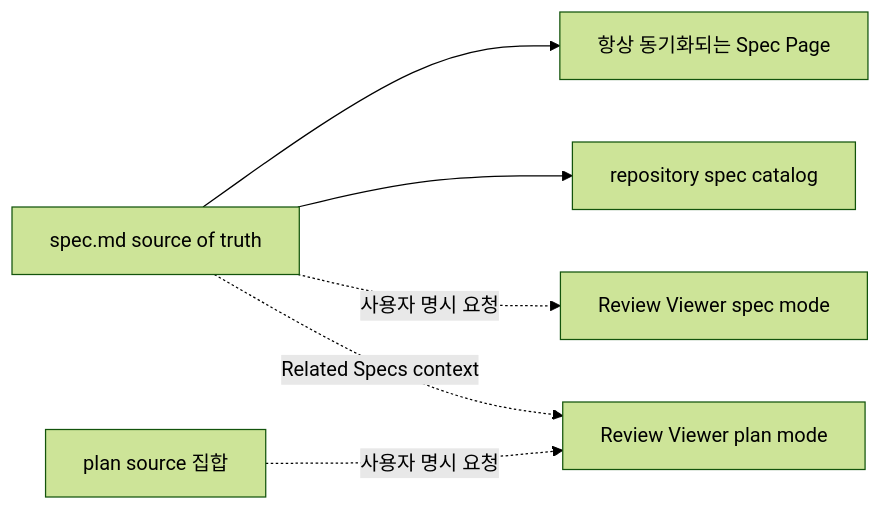
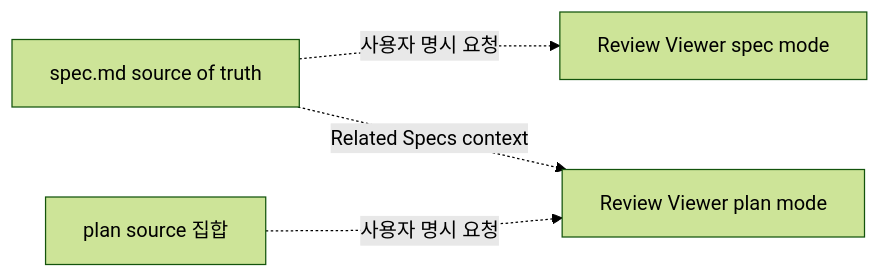
One commit to hope1026/aiagent-plugins changed the second of 4 diagrams in docs/specs/008-structured-spec-pages/spec.md. Above: the diagram before and after it, drawn with Mermaid (forest theme). The commit also changed other lines of this file and 45 other files, not shown here.

````diff
--- a/docs/specs/008-structured-spec-pages/spec.md
+++ b/docs/specs/008-structured-spec-pages/spec.md
@@ -124,8 +122,6 @@
 ```mermaid
 flowchart LR
-    S["spec.md source of truth"] --> P["항상 동기화되는 Spec Page"]
-    S --> C["repository spec catalog"]
-    S -. 사용자 명시 요청 .-> R["Review Viewer spec mode"]
+    S["spec.md source of truth"] -. 사용자 명시 요청 .-> R["Review Viewer spec mode"]
     L["plan source 집합"] -. 사용자 명시 요청 .-> V["Review Viewer plan mode"]
     S -. Related Specs context .-> V
 ```
````
